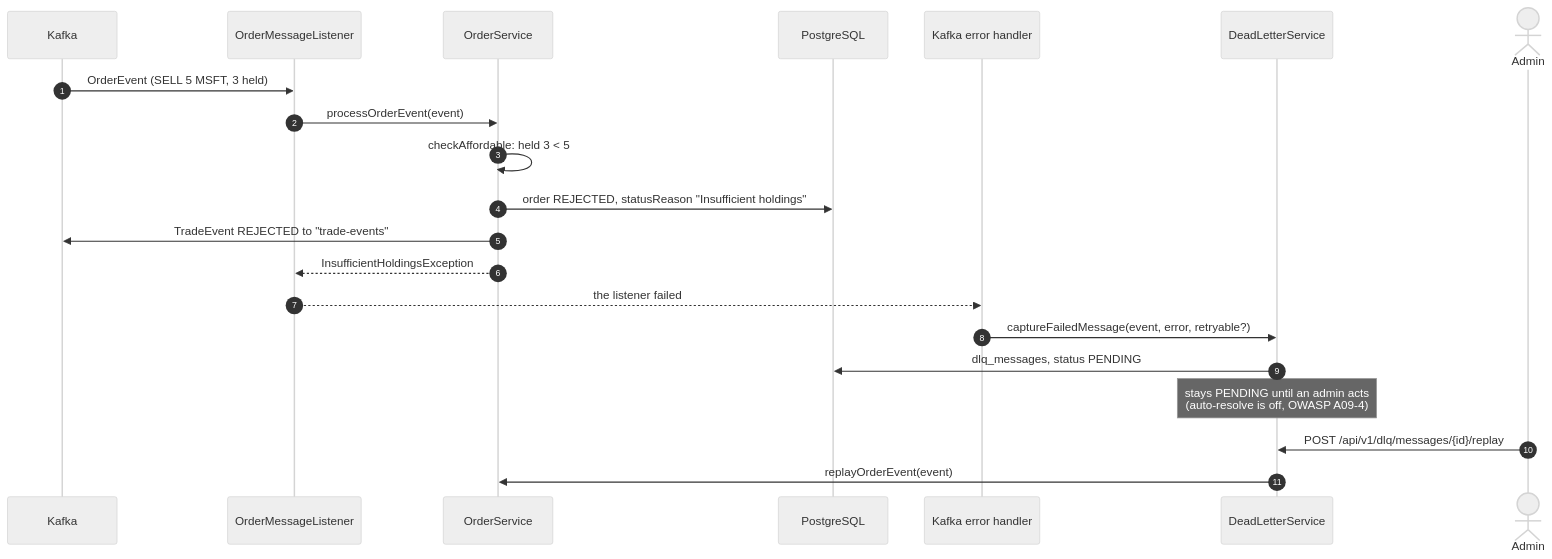
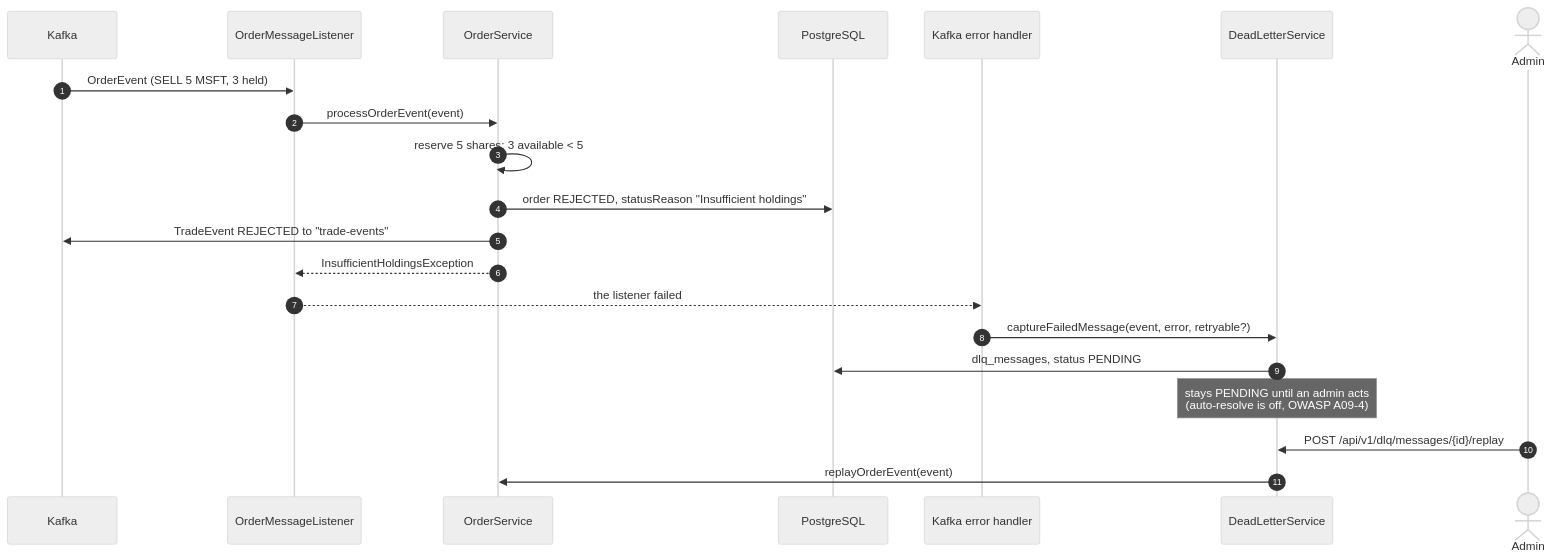
The second of 3 diagrams in docs/diagrams/ORDER-FLOW.md (NathanCarr10/TNS-Capital), drawn with Mermaid (neutral theme) before and after one commit. The commit also changed other lines of this file and 3 other files, not shown here.

````diff
--- a/docs/diagrams/ORDER-FLOW.md
+++ b/docs/diagrams/ORDER-FLOW.md
@@ -77,24 +78,24 @@
 ```mermaid
 sequenceDiagram
     autonumber
     participant K as Kafka
     participant OL as OrderMessageListener
     participant OS as OrderService
     participant DB as PostgreSQL
     participant EH as Kafka error handler
     participant DLQ as DeadLetterService
     actor Admin
 
     K->>OL: OrderEvent (SELL 5 MSFT, 3 held)
     OL->>OS: processOrderEvent(event)
-    OS->>OS: checkAffordable: held 3 < 5
+    OS->>OS: reserve 5 shares: 3 available < 5
     OS->>DB: order REJECTED, statusReason "Insufficient holdings"
     OS->>K: TradeEvent REJECTED to "trade-events"
     OS-->>OL: InsufficientHoldingsException
     OL-->>EH: the listener failed
     EH->>DLQ: captureFailedMessage(event, error, retryable?)
     DLQ->>DB: dlq_messages, status PENDING
     Note over DLQ: stays PENDING until an admin acts<br/>(auto-resolve is off, OWASP A09-4)
     Admin->>DLQ: POST /api/v1/dlq/messages/{id}/replay
     DLQ->>OS: replayOrderEvent(event)
 ```
````
